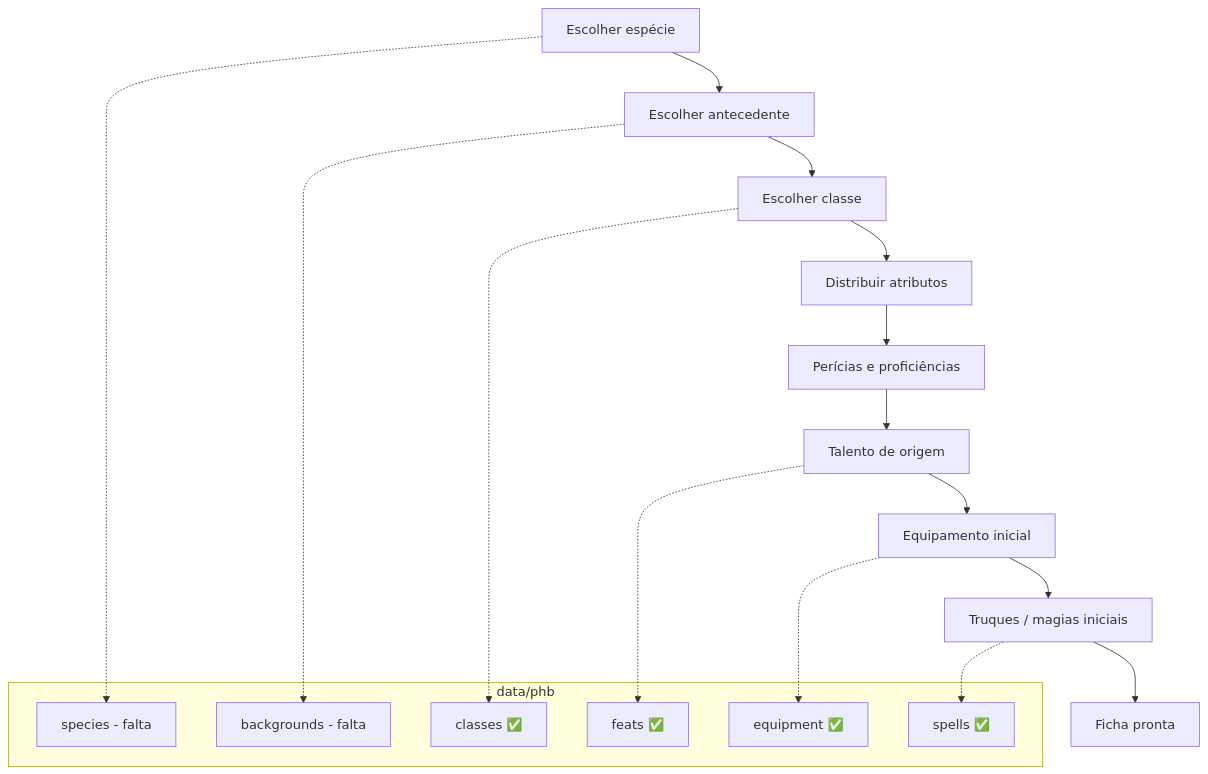
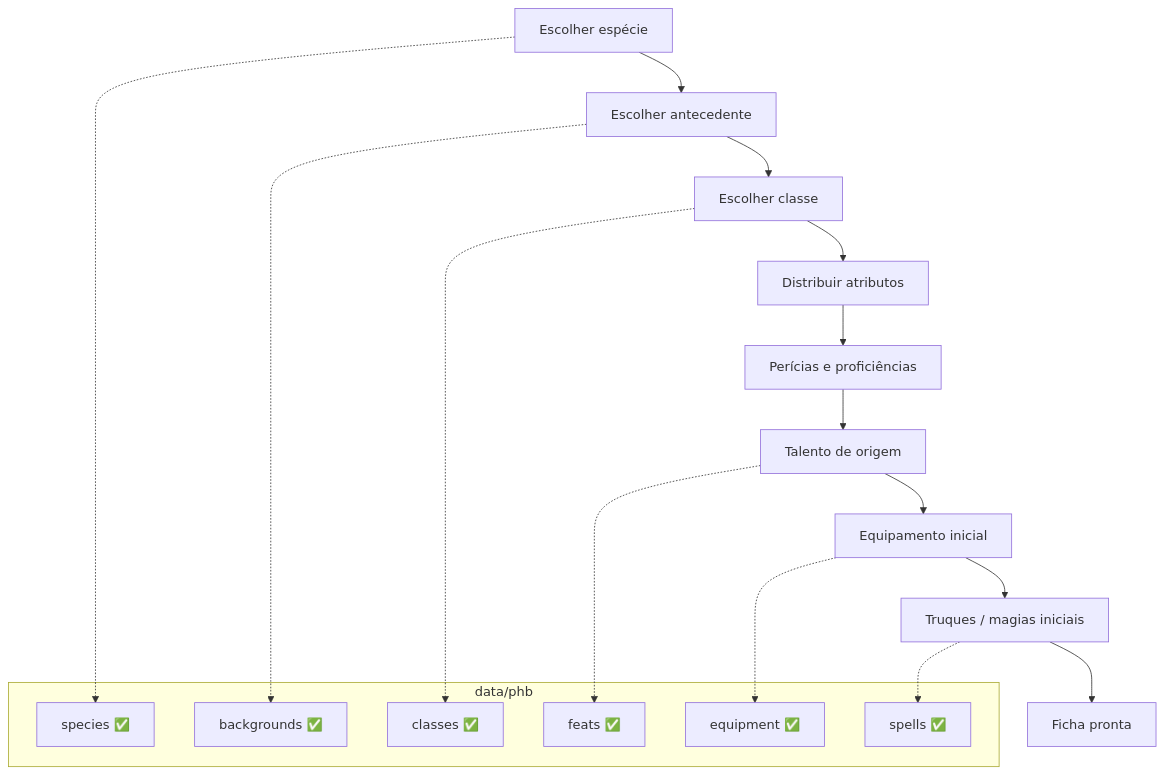
Before and after one commit to Lucas-PB1/dnd-back: the diagram in FICHAS.md, drawn with Mermaid. The commit also changed other lines of this file and 15 other files, not shown here.

First line of the commit message:
Add species data and schemas for RPG character creation

````diff
--- a/FICHAS.md
+++ b/FICHAS.md
@@ -165,27 +166,27 @@
 ```mermaid
 flowchart TD
   A[Escolher espécie] --> B[Escolher antecedente]
   B --> C[Escolher classe]
   C --> D[Distribuir atributos]
   D --> E[Perícias e proficiências]
   E --> F[Talento de origem]
   F --> G[Equipamento inicial]
   G --> H[Truques / magias iniciais]
   H --> I[Ficha pronta]
 
   subgraph dados_phb [data/phb]
-    S1[species - falta]
-    S2[backgrounds - falta]
+    S1[species ✅]
+    S2[backgrounds ✅]
     S3[classes ✅]
     S4[feats ✅]
     S5[equipment ✅]
     S6[spells ✅]
   end
 
   A -.-> S1
   B -.-> S2
   C -.-> S3
   F -.-> S4
   G -.-> S5
   H -.-> S6
 ```
````
